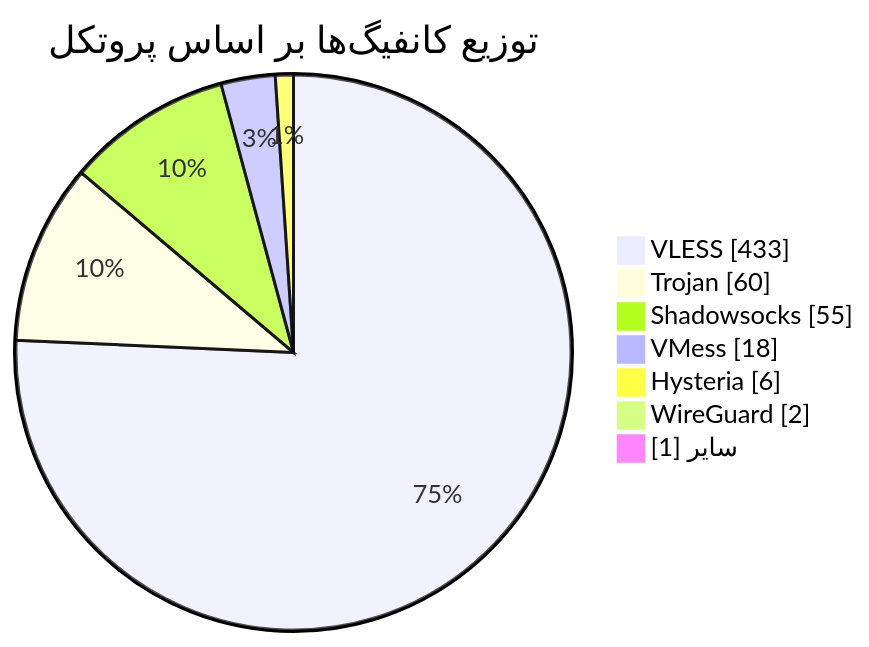
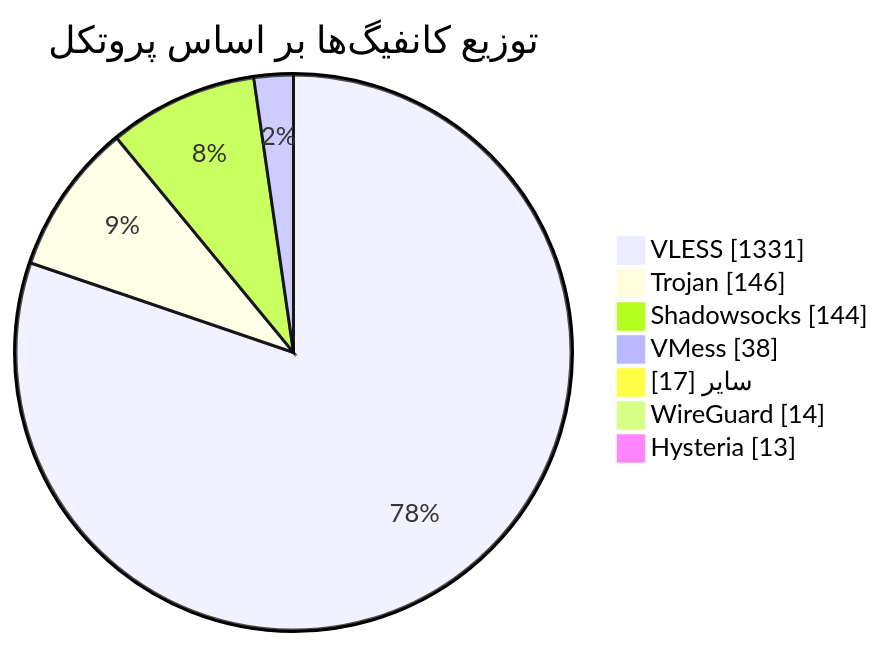
The diagram in README.md (Arian-Alijani/Somthing), drawn with Mermaid before and after one commit. The commit also changed other lines of this file and 21 other files, not shown here.

````diff
--- a/README.md
+++ b/README.md
@@ -49,11 +49,11 @@
 ```mermaid
 pie showData
     title توزیع کانفیگ‌ها بر اساس پروتکل
-    "VLESS" : 433
-    "Trojan" : 60
-    "Shadowsocks" : 55
-    "VMess" : 18
-    "Hysteria" : 6
-    "WireGuard" : 2
-    "سایر" : 1
+    "VLESS" : 1331
+    "Trojan" : 146
+    "Shadowsocks" : 144
+    "VMess" : 38
+    "سایر" : 17
+    "WireGuard" : 14
+    "Hysteria" : 13
 ```
````
